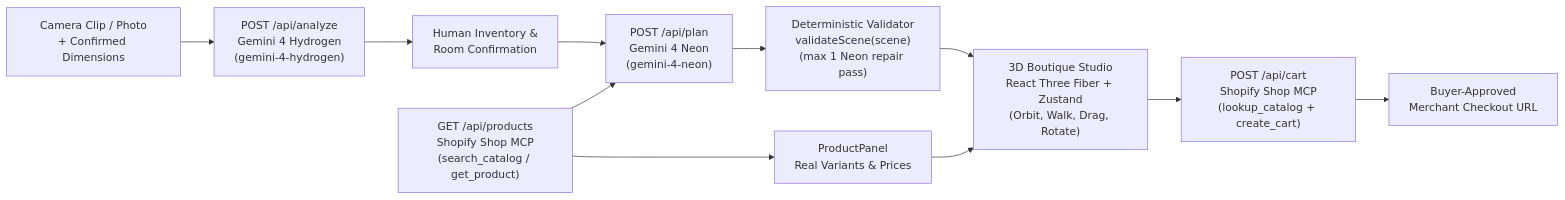
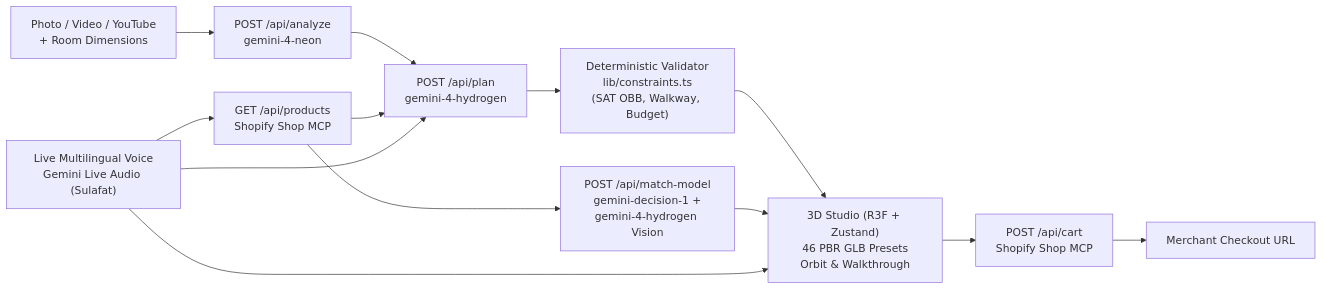
The diagram in README.md (SpatioVerse/SpatioVerse), drawn with Mermaid before and after one commit. The commit also changed other lines of this file and 12 other files, not shown here.

Commit message:
feat: add prompt-first interior designer voice agent, Shopify voice browse/order, +Add flow, and room-proportional 3D scaling

````diff
--- a/README.md
+++ b/README.md
@@ -36,13 +13,15 @@
 ```mermaid
 flowchart LR
-  Media["Camera Clip / Photo\n+ Confirmed Dimensions"] --> Analyze["POST /api/analyze\nGemini 4 Hydrogen\n(gemini-4-hydrogen)"]
-  Analyze --> Confirm["Human Inventory &\nRoom Confirmation"]
-  Confirm --> Plan["POST /api/plan\nGemini 4 Neon\n(gemini-4-neon)"]
-  ShopSearch["GET /api/products\nShopify Shop MCP\n(search_catalog / get_product)"] --> Plan
-  Plan --> Validator["Deterministic Validator\nvalidateScene(scene)\n(max 1 Neon repair pass)"]
-  Validator --> Studio["3D Boutique Studio\nReact Three Fiber + Zustand\n(Orbit, Walk, Drag, Rotate)"]
-  ShopSearch --> Panel["ProductPanel\nReal Variants & Prices"]
-  Panel --> Studio
-  Studio --> Cart["POST /api/cart\nShopify Shop MCP\n(lookup_catalog + create_cart)"]
-  Cart --> Checkout["Buyer-Approved\nMerchant Checkout URL"]
+  Media["Photo / Video / YouTube\n+ Room Dimensions"] --> Analyze["POST /api/analyze\ngemini-4-neon"]
+  Analyze --> Plan["POST /api/plan\ngemini-4-hydrogen"]
+  Shop["GET /api/products\nShopify Shop MCP"] --> Plan
+  Plan --> Validator["Deterministic Validator\nlib/constraints.ts\n(SAT OBB, Walkway, Budget)"]
+  Validator --> Studio["3D Studio (R3F + Zustand)\n46 PBR GLB Presets\nOrbit & Walkthrough"]
+  Shop --> Match["POST /api/match-model\ngemini-decision-1 +\ngemini-4-hydrogen Vision"]
+  Match --> Studio
+  Voice["Live Multilingual Voice\nGemini Live Audio (Sulafat)"] --> Studio
+  Voice --> Shop
+  Voice --> Plan
+  Studio --> Cart["POST /api/cart\nShopify Shop MCP"]
+  Cart --> Checkout["Merchant Checkout URL"]
 ```
````
